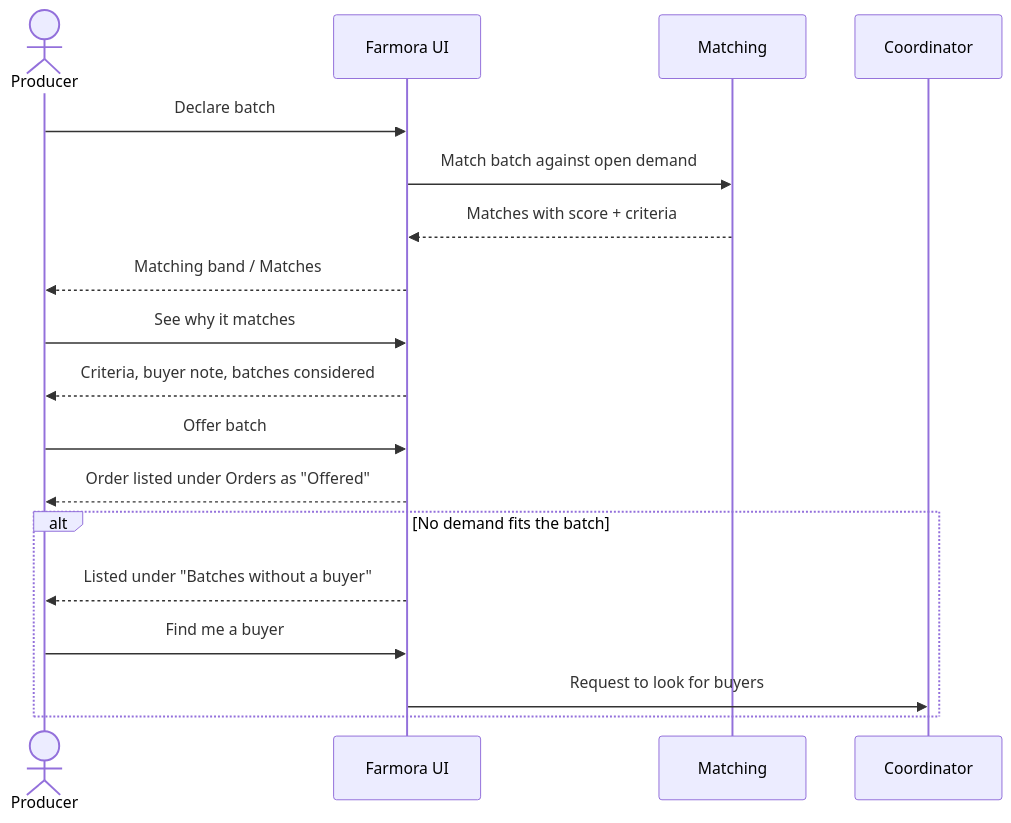
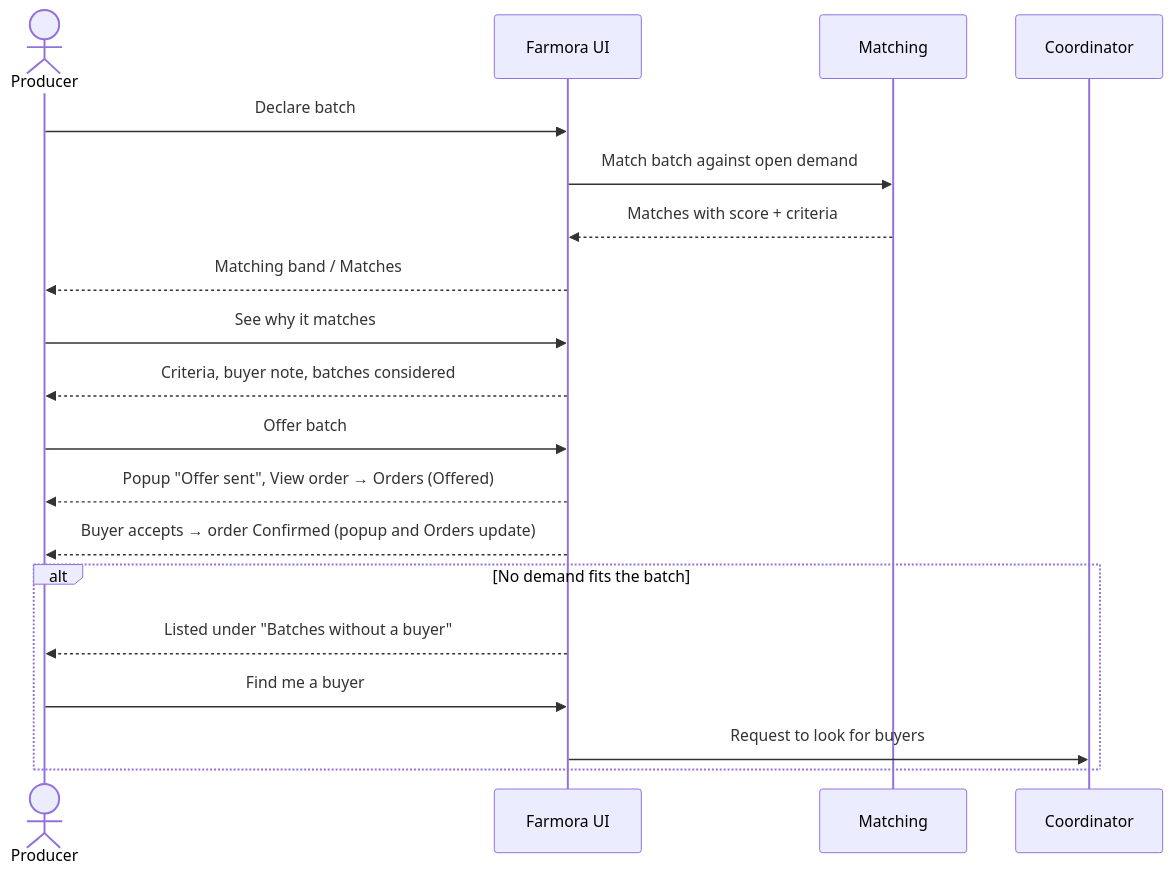
One commit to DACN-Manifest-NongNh-p/agri-supply-demand-platform changed the fourth of 6 diagrams in docs/producer/README.md. Above: the diagram before and after it, drawn with Mermaid. The commit also changed other lines of this file and 78 other files, not shown here.

````diff
--- a/docs/producer/README.md
+++ b/docs/producer/README.md
@@ -135,21 +135,22 @@
 ```mermaid
 sequenceDiagram
     actor P as Producer
     participant UI as Farmora UI
     participant M as Matching
     participant C as Coordinator
 
     P->>UI: Declare batch
     UI->>M: Match batch against open demand
     M-->>UI: Matches with score + criteria
     UI-->>P: Matching band / Matches
     P->>UI: See why it matches
     UI-->>P: Criteria, buyer note, batches considered
     P->>UI: Offer batch
-    UI-->>P: Order listed under Orders as "Offered"
+    UI-->>P: Popup "Offer sent", View order → Orders (Offered)
+    UI-->>P: Buyer accepts → order Confirmed (popup and Orders update)
     alt No demand fits the batch
         UI-->>P: Listed under "Batches without a buyer"
         P->>UI: Find me a buyer
         UI->>C: Request to look for buyers
     end
 ```
````
